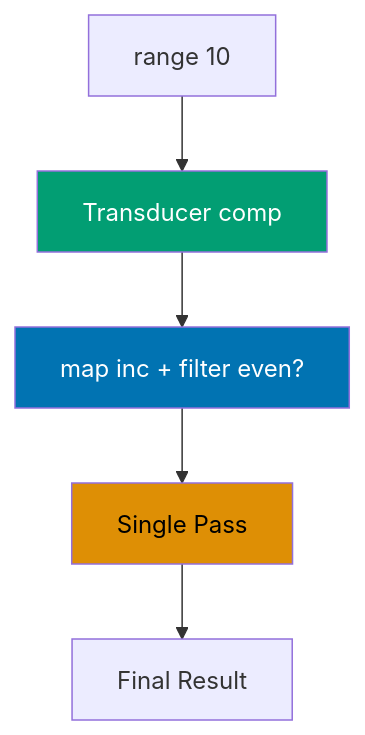
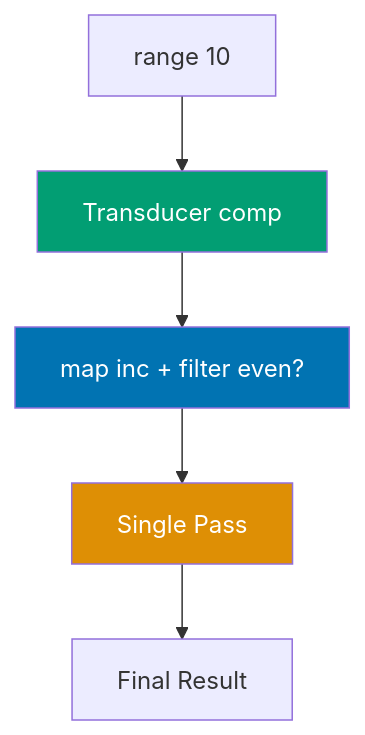
One commit to wahidyankf/open-sharia-enterprise changed the ninth of 10 diagrams in apps/ayokoding-web/content/en/learn/software-engineering/programming-languages/clojure/by-example/intermediate.md. Above: the diagram before and after it, drawn with Mermaid. The commit also changed other lines of this file and 61 other files, not shown here.

First line of the commit message:
fix(ayokoding-web): quote Mermaid node labels with special characters in Example 63

````diff
--- a/apps/ayokoding-web/content/en/learn/software-engineering/programming-languages/clojure/by-example/intermediate.md
+++ b/apps/ayokoding-web/content/en/learn/software-engineering/programming-languages/clojure/by-example/intermediate.md
@@ -697,11 +697,11 @@
 ```mermaid
 graph TD
     T1[range 10] --> TX[Transducer comp]
     TX --> T2[map inc + filter even?]
     T2 --> T3[Single Pass]
     T3 --> T4[Final Result]
 
     style TX fill:#029E73,color:#fff
     style T2 fill:#0173B2,color:#fff
-    style T3 fill:#DE8F05,color:#000
+    style T3 fill:#DE8F05,color:#fff
 ```
````
